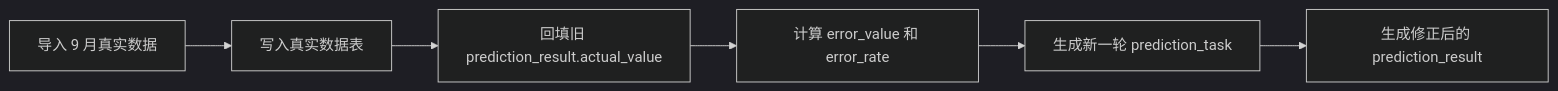
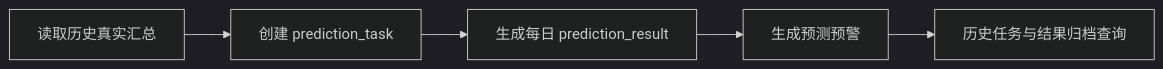
Before and after one commit to Miss-PinkElf/bs-test-01: the fourth of 4 diagrams in zzz-docs/设计文档/数据库设计-滚动预测与高温预警版.md, drawn with Mermaid (dark theme). The commit also changed other lines of this file and 46 other files, not shown here.

````diff
--- a/zzz-docs/设计文档/数据库设计-滚动预测与高温预警版.md
+++ b/zzz-docs/设计文档/数据库设计-滚动预测与高温预警版.md
@@ -458,8 +354,7 @@
 ```mermaid
 flowchart LR
-    A[导入 9 月真实数据] --> B[写入真实数据表]
-    B --> C[回填旧 prediction_result.actual_value]
-    C --> D[计算 error_value 和 error_rate]
-    D --> E[生成新一轮 prediction_task]
-    E --> F[生成修正后的 prediction_result]
+    A[读取历史真实汇总] --> B[创建 prediction_task]
+    B --> C[生成每日 prediction_result]
+    C --> D[生成预测预警]
+    D --> E[历史任务与结果归档查询]
 ```
````
